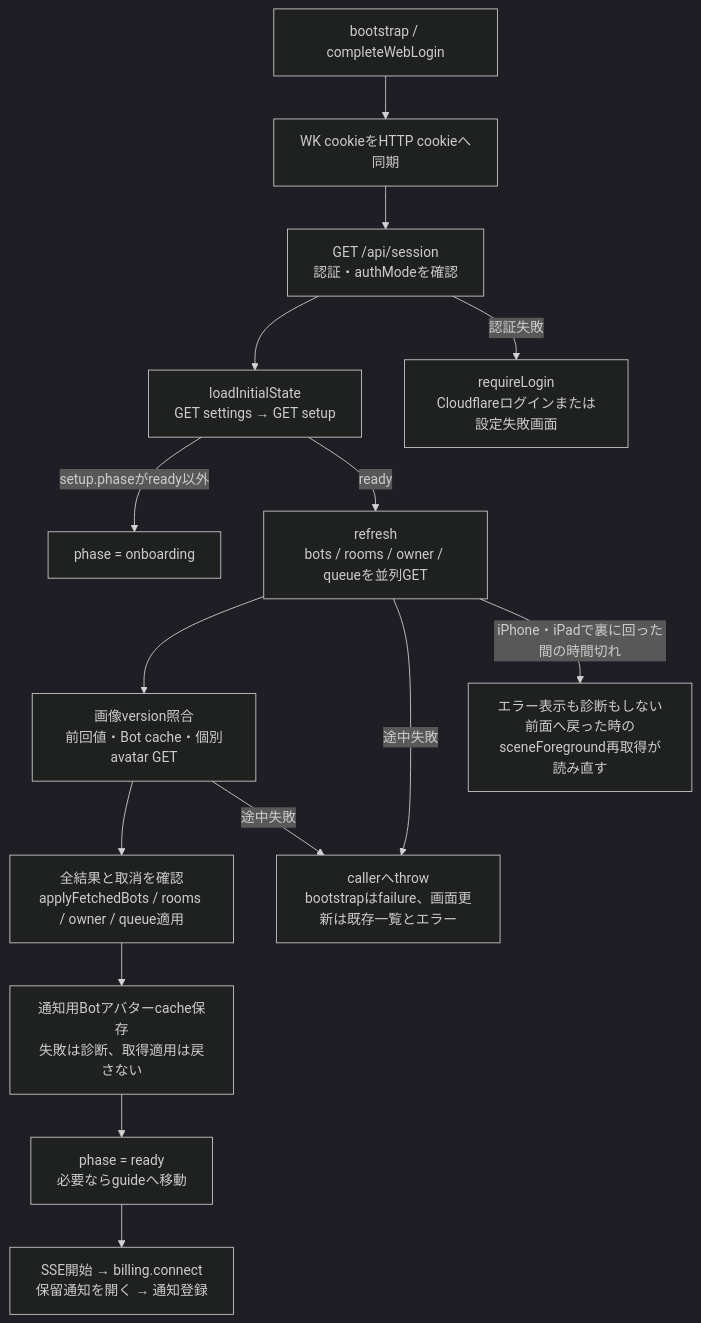
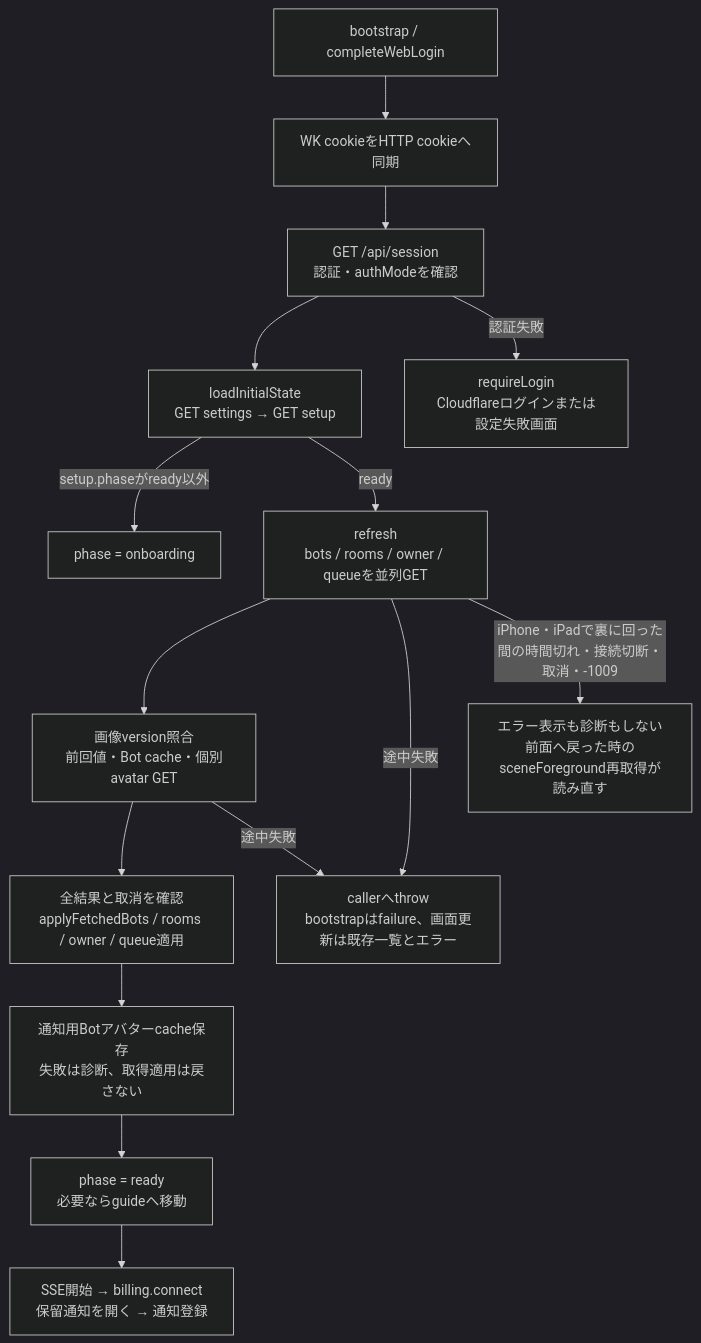
The first of 3 diagrams in docs/architecture/modules/apple/state-and-sync.md (kitepon/BellTeam), drawn with Mermaid (dark theme) before and after one commit. The commit also changed other lines of this file and 3 other files, not shown here.

````diff
--- a/docs/architecture/modules/apple/state-and-sync.md
+++ b/docs/architecture/modules/apple/state-and-sync.md
@@ -24,17 +24,17 @@
 ```mermaid
 flowchart TD
   Entry["bootstrap / completeWebLogin"] --> Cookie["WK cookieをHTTP cookieへ同期"]
   Cookie --> Session["GET /api/session<br/>認証・authModeを確認"]
   Session --> Initial["loadInitialState<br/>GET settings → GET setup"]
   Initial -->|"setup.phaseがready以外"| Onboard["phase = onboarding"]
   Initial -->|"ready"| Refresh["refresh<br/>bots / rooms / owner / queueを並列GET"]
   Refresh --> Avatar["画像version照合<br/>前回値・Bot cache・個別avatar GET"]
   Avatar --> Apply["全結果と取消を確認<br/>applyFetchedBots / rooms / owner / queue適用"]
   Apply --> Cache["通知用Botアバターcache保存<br/>失敗は診断、取得適用は戻さない"]
   Cache --> Ready["phase = ready<br/>必要ならguideへ移動"]
   Ready --> Connect["SSE開始 → billing.connect<br/>保留通知を開く → 通知登録"]
   Session -->|"認証失敗"| Login["requireLogin<br/>Cloudflareログインまたは設定失敗画面"]
   Refresh -->|"途中失敗"| Fail["callerへthrow<br/>bootstrapはfailure、画面更新は既存一覧とエラー"]
   Avatar -->|"途中失敗"| Fail
-  Refresh -->|"iPhone・iPadで裏に回った間の時間切れ"| Suspended["エラー表示も診断もしない<br/>前面へ戻った時のsceneForeground再取得が読み直す"]
+  Refresh -->|"iPhone・iPadで裏に回った間の時間切れ・接続切断・取消・-1009"| Suspended["エラー表示も診断もしない<br/>前面へ戻った時のsceneForeground再取得が読み直す"]
 ```
````
